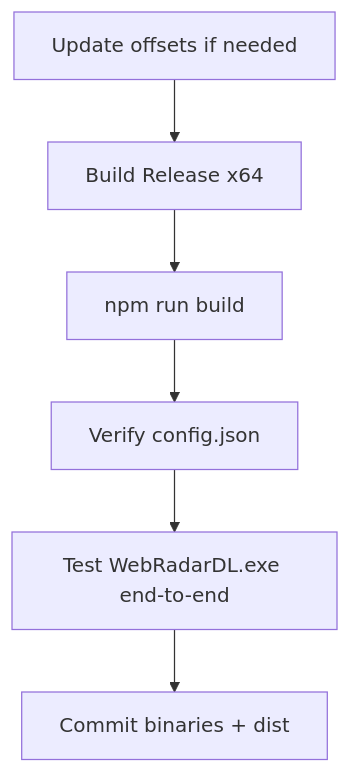
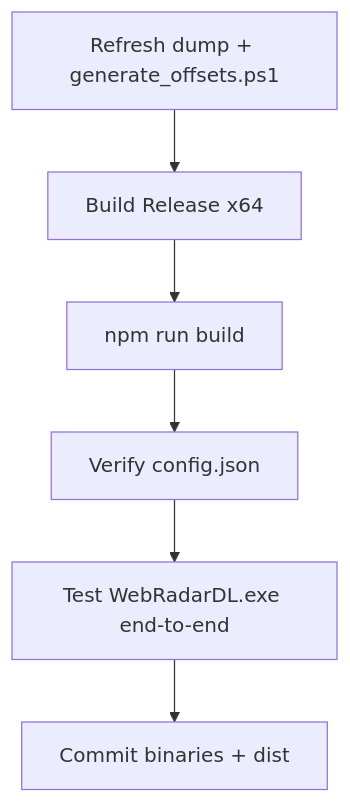
The second of 2 diagrams in docs/build-and-release.md (ZhaLuc/WebRadarDL), drawn with Mermaid before and after one commit. The commit also changed 36 other files, not shown here.

````diff
--- a/docs/build-and-release.md
+++ b/docs/build-and-release.md
@@ -118,8 +118,8 @@
 ```mermaid
 flowchart TD
-  A[Update offsets if needed] --> B[Build Release x64]
+  A[Refresh dump + generate_offsets.ps1] --> B[Build Release x64]
   B --> C[npm run build]
   C --> D[Verify config.json]
   D --> E[Test WebRadarDL.exe end-to-end]
   E --> F[Commit binaries + dist]
 ```
````
